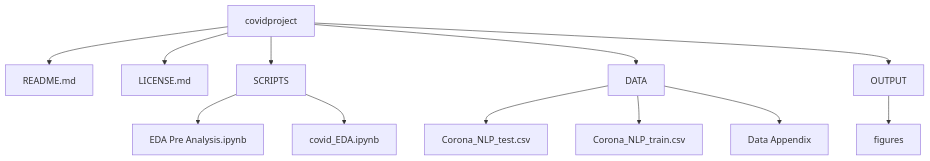
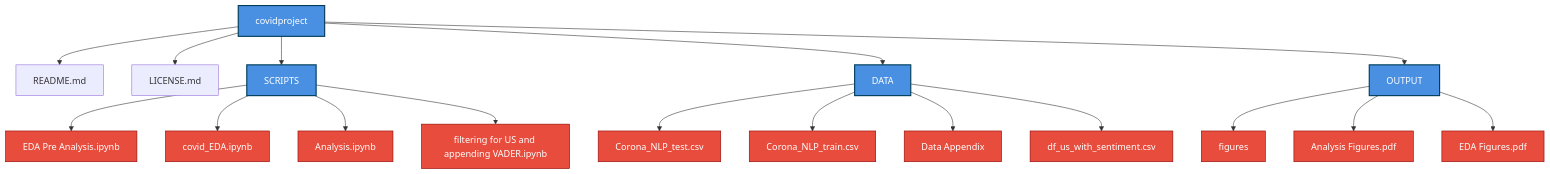
One commit to l-e13/wnba changed the diagram in Readme.md. Above: the diagram before and after it, drawn with Mermaid.

````diff
--- a/Readme.md
+++ b/Readme.md
@@ -6,27 +7,56 @@
 ```mermaid
 graph TB
   A[covidproject]
   A1[README.md]
   A2[LICENSE.md]
   B[SCRIPTS]
   B1[EDA Pre Analysis.ipynb]
   B2[covid_EDA.ipynb]
+  B3[Analysis.ipynb]
+  B4[filtering for US and appending VADER.ipynb]
   C[DATA]
   C1[Corona_NLP_test.csv]
   C2[Corona_NLP_train.csv]
+  C4[df_us_with_sentiment.csv]
   C3[Data Appendix]
   D[OUTPUT]
   D1[figures]
+  D2[Analysis Figures.pdf]
+  D3[EDA Figures.pdf]
 
   A --> A1
   A --> A2
   A --> B
   B --> B1
   B --> B2
+  B --> B3
+  B --> B4
   A --> C
   C --> C1
   C --> C2
   C --> C3
+  C --> C4
   A --> D
   D --> D1
+  D --> D2
+  D --> D3
+
+  %% Styling for main categories (Blue)
+  style A fill:#4a90e2,stroke:#003d5b,stroke-width:2px,color:white;
+  style B fill:#4a90e2,stroke:#003d5b,stroke-width:2px,color:white;
+  style C fill:#4a90e2,stroke:#003d5b,stroke-width:2px,color:white;
+  style D fill:#4a90e2,stroke:#003d5b,stroke-width:2px,color:white;
+
+  %% Styling for subsets (Red)
+  style B1 fill:#e74c3c,stroke:#8b0000,stroke-width:1px,color:white;
+  style B2 fill:#e74c3c,stroke:#8b0000,stroke-width:1px,color:white;
+  style B3 fill:#e74c3c,stroke:#8b0000,stroke-width:1px,color:white;
+  style B4 fill:#e74c3c,stroke:#8b0000,stroke-width:1px,color:white;
+  style C1 fill:#e74c3c,stroke:#8b0000,stroke-width:1px,color:white;
+  style C2 fill:#e74c3c,stroke:#8b0000,stroke-width:1px,color:white;
+  style C3 fill:#e74c3c,stroke:#8b0000,stroke-width:1px,color:white;
+  style C4 fill:#e74c3c,stroke:#8b0000,stroke-width:1px,color:white;
+  style D1 fill:#e74c3c,stroke:#8b0000,stroke-width:1px,color:white;
+  style D2 fill:#e74c3c,stroke:#8b0000,stroke-width:1px,color:white;
+  style D3 fill:#e74c3c,stroke:#8b0000,stroke-width:1px,color:white;
 ```
````
